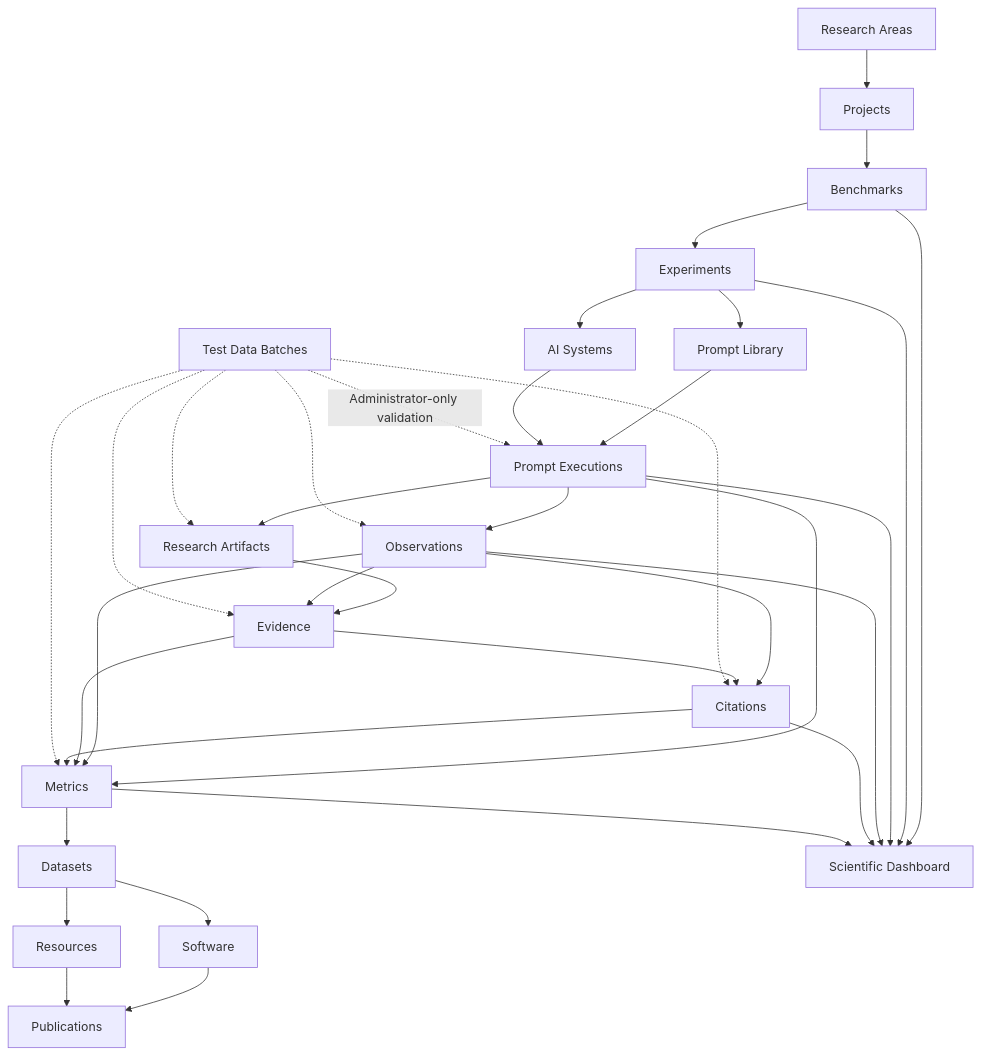
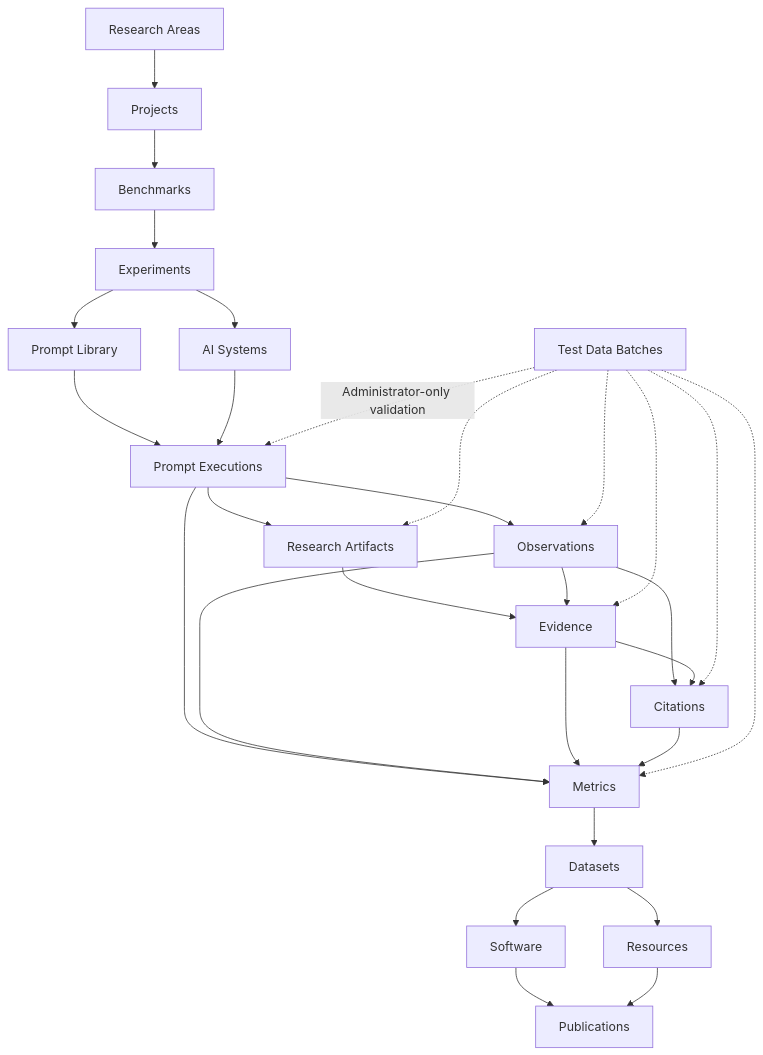
The diagram in README.md (gslhub/website), drawn with Mermaid before and after one commit. The commit also changed other lines of this file, not shown here.

````diff
--- a/README.md
+++ b/README.md
@@ -90,43 +85,36 @@
 ```mermaid
 flowchart TD
     A[Research Areas] --> B[Projects]
     B --> C[Benchmarks]
     C --> D[Experiments]
 
     D --> E[Prompt Library]
     D --> F[AI Systems]
     E --> G[Prompt Executions]
     F --> G
 
     G --> H[Observations]
     G --> I[Research Artifacts]
     I --> J[Evidence]
     H --> J
     H --> K[Citations]
     J --> K
 
     G --> L[Metrics]
     H --> L
     J --> L
     K --> L
 
     L --> M[Datasets]
     M --> N[Software]
     M --> O[Resources]
     N --> P[Publications]
     O --> P
 
-    C --> Q[Scientific Dashboard]
-    D --> Q
-    G --> Q
-    H --> Q
-    K --> Q
-    L --> Q
-
     T[Test Data Batches] -. Administrator-only validation .-> G
     T -.-> H
     T -.-> I
     T -.-> J
     T -.-> K
     T -.-> L
 ```
````
